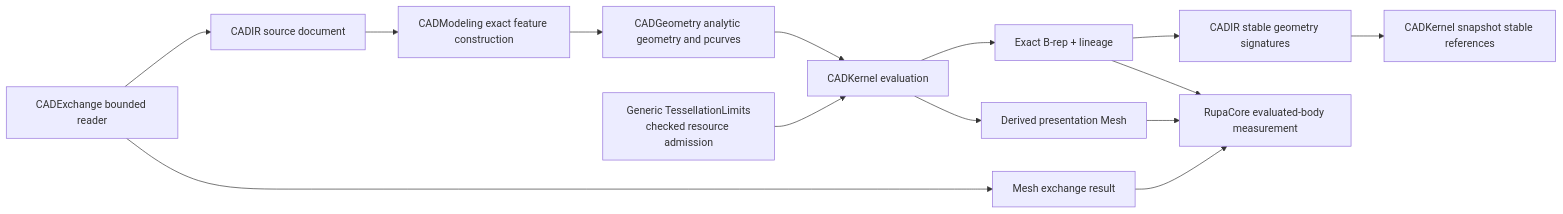
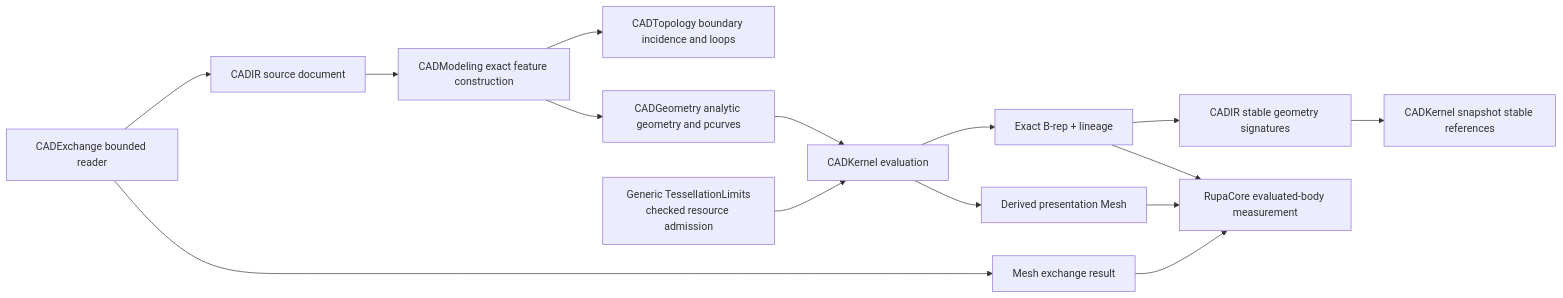
One commit to 1amageek/swift-CAD changed the first of 2 diagrams in DESIGN.md. Above: the diagram before and after it, drawn with Mermaid. The commit also changed other lines of this file and 104 other files, not shown here.

````diff
--- a/DESIGN.md
+++ b/DESIGN.md
@@ -53,16 +54,17 @@
 ```mermaid
 flowchart LR
     Exchange["CADExchange bounded reader"] --> Source["CADIR source document"]
     Source --> Modeling["CADModeling exact feature construction"]
+    Modeling --> Topology["CADTopology boundary incidence and loops"]
     Modeling --> Geometry["CADGeometry analytic geometry and pcurves"]
     Geometry --> Kernel["CADKernel evaluation"]
     Kernel --> BRep["Exact B-rep + lineage"]
     Kernel --> Mesh["Derived presentation Mesh"]
     Limits["Generic TessellationLimits\nchecked resource admission"] --> Kernel
     BRep --> Signatures["CADIR stable geometry signatures"]
     Signatures --> StableRead["CADKernel snapshot stable references"]
     BRep --> RupaCore["RupaCore evaluated-body measurement"]
     Mesh --> RupaCore
     Exchange --> MeshImport["Mesh exchange result"]
     MeshImport --> RupaCore
 ```
````
